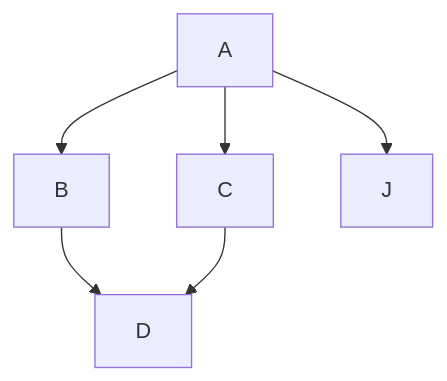
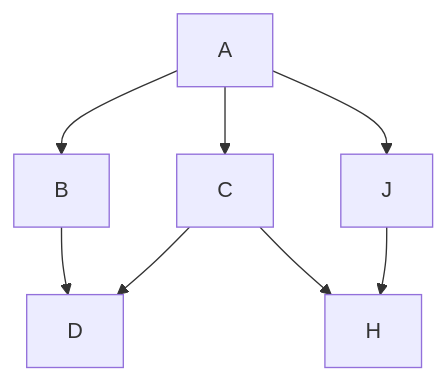
Before and after one commit to ama-player0000/java-sample-question: the diagram in README.md, drawn with Mermaid.

````diff
--- a/README.md
+++ b/README.md
@@ -8,8 +8,10 @@
 ```mermaid
 graph TD;
     A-->B;
     A-->C;
     A-->J;
     B-->D;
     C-->D;
+    C-->H;
+    J-->H;
 ```
````
